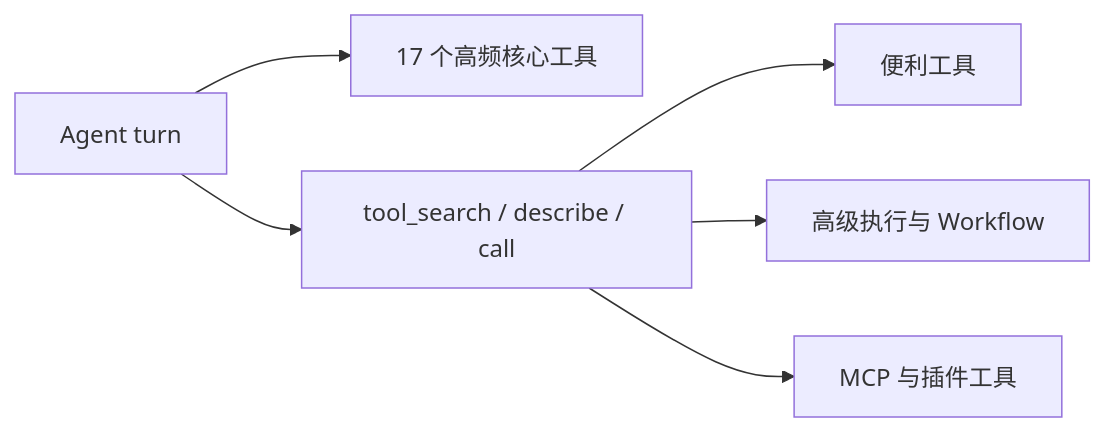
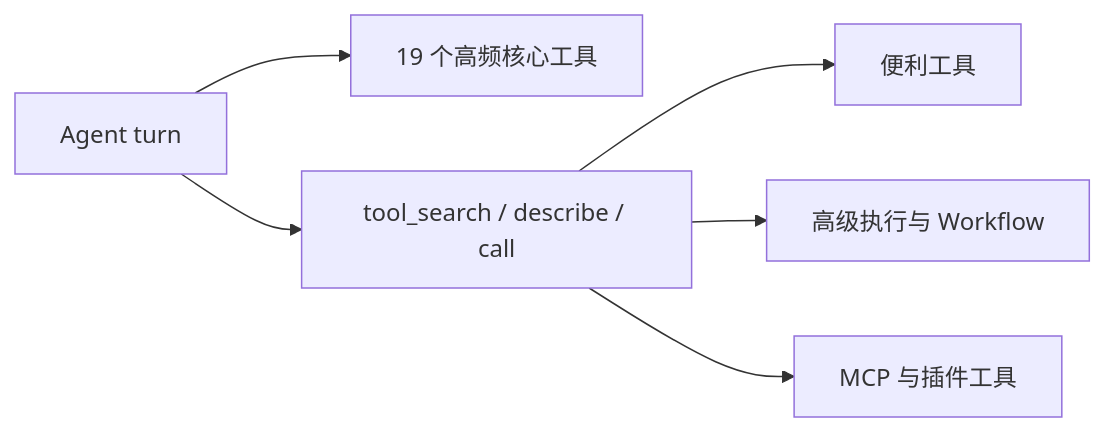
One commit to sjs126y/luna-agent changed the diagram in docs/core-tools.md. Above: the diagram before and after it, drawn with Mermaid. The commit also changed other lines of this file and 6 other files, not shown here.

````diff
--- a/docs/core-tools.md
+++ b/docs/core-tools.md
@@ -19,8 +19,8 @@
 ```mermaid
 flowchart LR
-    A[Agent turn] --> B[17 个高频核心工具]
+    A[Agent turn] --> B[19 个高频核心工具]
     A --> C[tool_search / describe / call]
     C --> D[便利工具]
     C --> E[高级执行与 Workflow]
     C --> F[MCP 与插件工具]
 ```
````
